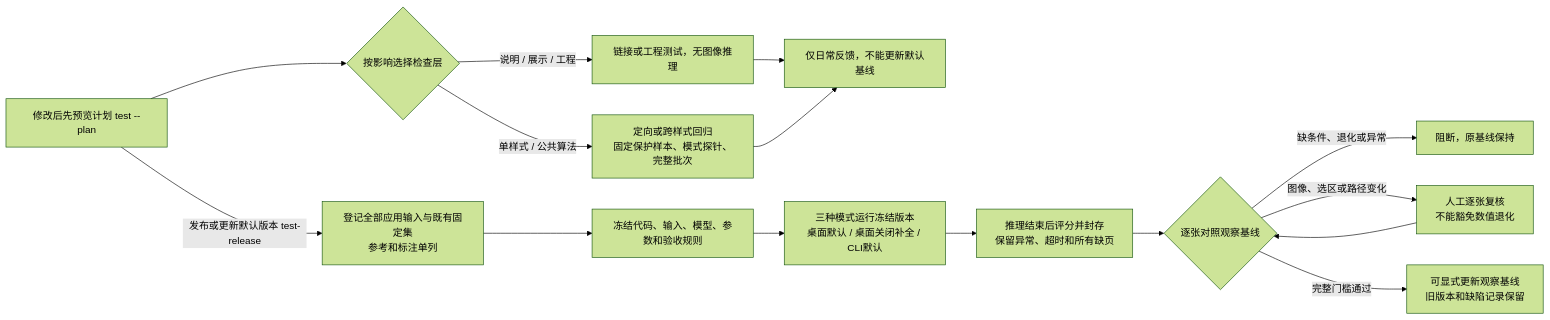
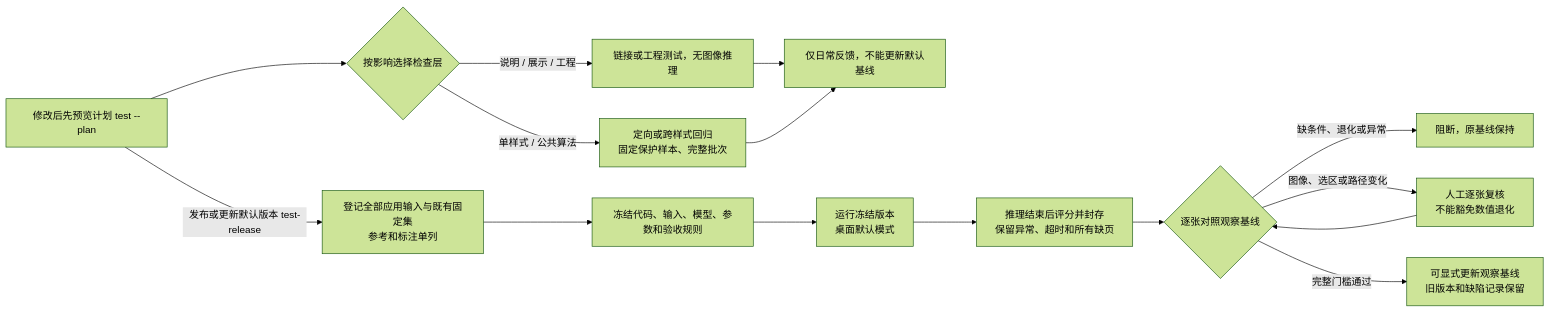
Before and after one commit to RedCreationTech/offline-dewatermark: the second of 3 diagrams in docs/去水印处理流程图.md, drawn with Mermaid (forest theme). The commit also changed other lines of this file and 12 other files, not shown here.

````diff
--- a/docs/去水印处理流程图.md
+++ b/docs/去水印处理流程图.md
@@ -301,17 +303,17 @@
 ```mermaid
 flowchart LR
     D1["修改后先预览计划 test --plan"] --> D2{"按影响选择检查层"}
     D2 -->|"说明 / 展示 / 工程"| D3["链接或工程测试，无图像推理"]
-    D2 -->|"单样式 / 公共算法"| D4["定向或跨样式回归<br/>固定保护样本、模式探针、完整批次"]
+    D2 -->|"单样式 / 公共算法"| D4["定向或跨样式回归<br/>固定保护样本、完整批次"]
     D3 --> D5["仅日常反馈，不能更新默认基线"]
     D4 --> D5
     D1 -->|"发布或更新默认版本 test-release"| G1
     G1["登记全部应用输入与既有固定集<br/>参考和标注单列"] --> G2["冻结代码、输入、模型、参数和验收规则"]
-    G2 --> G3["三种模式运行冻结版本<br/>桌面默认 / 桌面关闭补全 / CLI默认"]
+    G2 --> G3["运行冻结版本<br/>桌面默认模式"]
     G3 --> G4["推理结束后评分并封存<br/>保留异常、超时和所有缺页"]
     G4 --> G5{"逐张对照观察基线"}
     G5 -->|"缺条件、退化或异常"| G6["阻断，原基线保持"]
     G5 -->|"图像、选区或路径变化"| G7["人工逐张复核<br/>不能豁免数值退化"]
     G7 --> G5
     G5 -->|"完整门槛通过"| G8["可显式更新观察基线<br/>旧版本和缺陷记录保留"]
 ```
````
